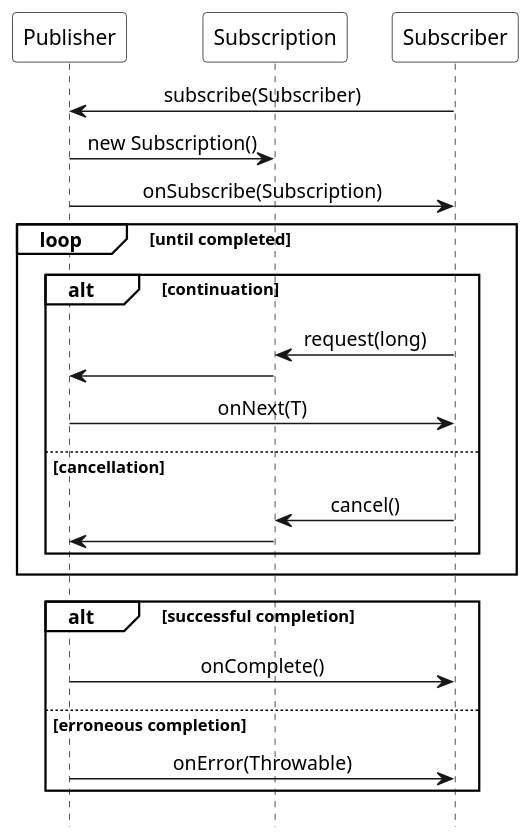
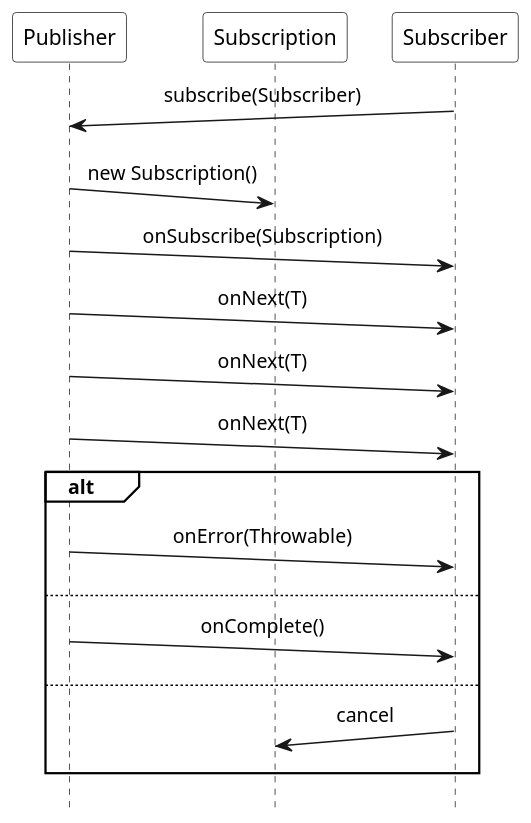
The diagram in images/pattern_Reactive_Streams.puml (ti-cortex-m4/demo-java-reactive-streams-old), drawn with PlantUML before and after one commit.

```diff
--- a/images/pattern_Reactive_Streams.puml
+++ b/images/pattern_Reactive_Streams.puml
@@ -1,41 +1,36 @@
 @startuml
 
 scale 1.2
 hide footbox
 
 !pragma teoz true
 
 skinparam monochrome true
 skinparam defaultFontName Source Sans Pro
 skinparam sequenceMessageAlign center
 skinparam participantBackgroundColor #white
 skinparam noteBackgroundColor #white
 skinparam sequenceGroupBackgroundColor #white
 skinparam participantPadding 10
 
 participant Publisher
 participant Subscription
 participant Subscriber
 
-Subscriber -> Publisher : subscribe(Subscriber)
-Publisher -> Subscription : new Subscription()
-Publisher -> Subscriber : onSubscribe(Subscription)
+Subscriber ->(10) Publisher : subscribe(Subscriber)
+Publisher ->(10) Subscription : new Subscription()
+Publisher ->(10) Subscriber : onSubscribe(Subscription)
 
-loop until completed
-    alt continuation
-        Subscriber -> Subscription : request(long)
-        Subscription -> Publisher
-        Publisher -> Subscriber : onNext(T)
-    else cancellation
-        Subscriber -> Subscription : cancel()
-        Subscription -> Publisher
-    end
-end
+Publisher ->(10) Subscriber : onNext(T)
+Publisher ->(10) Subscriber : onNext(T)
+Publisher ->(10) Subscriber : onNext(T)
 
-alt successful completion
-    Publisher -> Subscriber : onComplete()
-else erroneous completion
-    Publisher -> Subscriber : onError(Throwable)
+alt
+    Publisher ->(10) Subscriber : onError(Throwable)
+else
+    Publisher ->(10) Subscriber : onComplete()
+else
+    Subscriber ->(10) Subscription : cancel
 end
 
 @enduml
```
